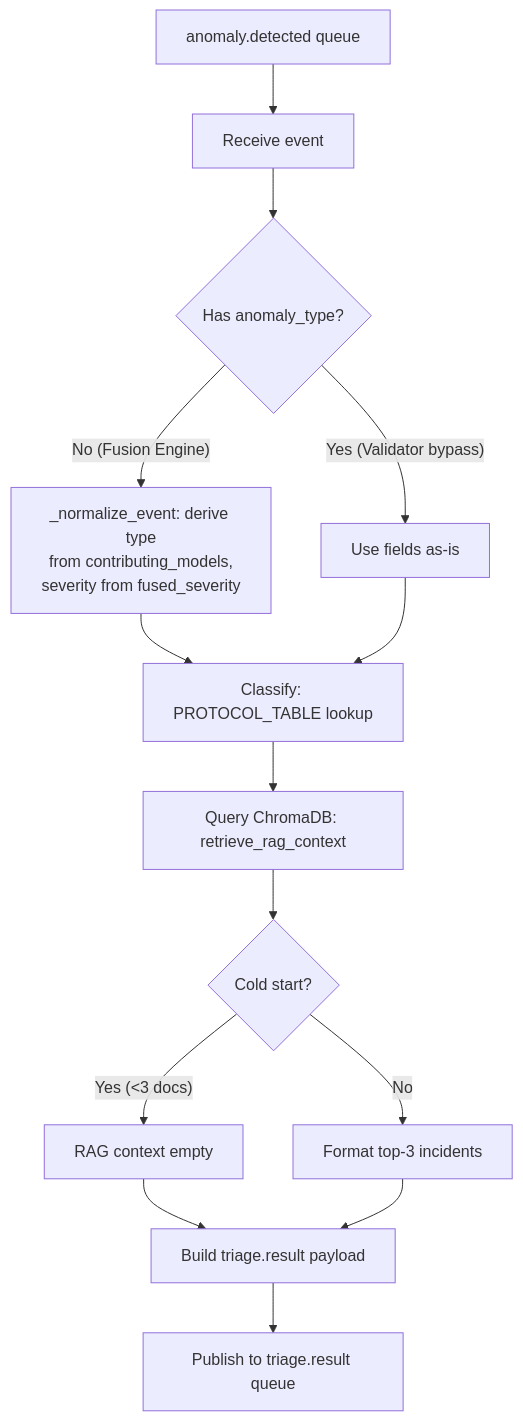
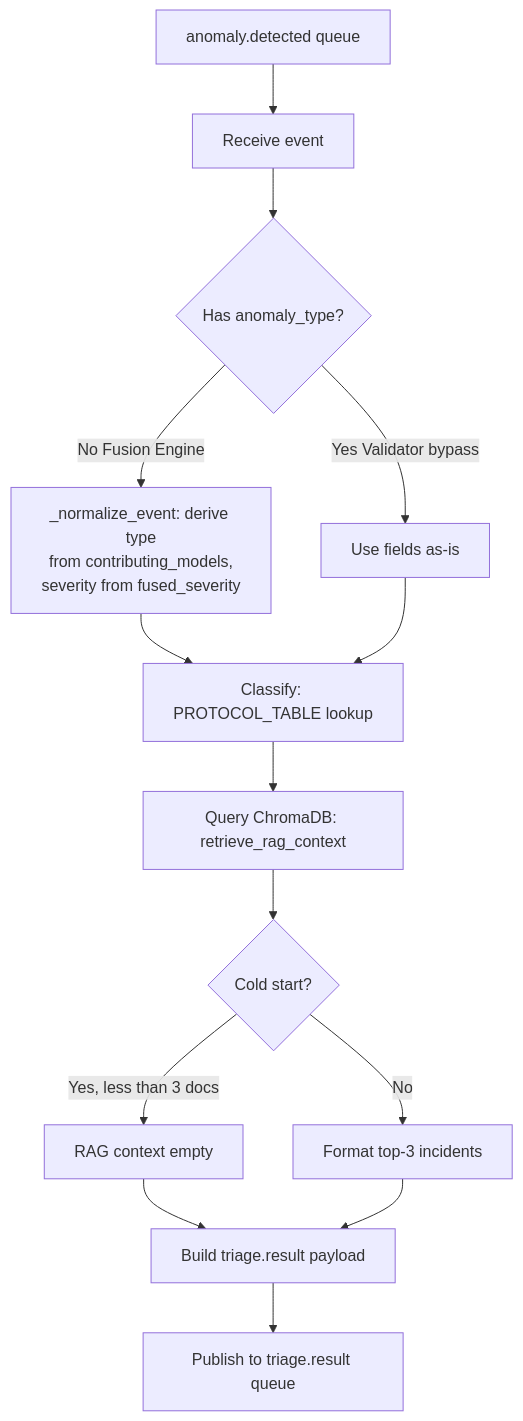
The first of 3 diagrams in layer2/docs/layer2_component_log.md (Spectre206/fyp-pipeline), drawn with Mermaid before and after one commit. The commit also changed other lines of this file, not shown here.

````diff
--- a/layer2/docs/layer2_component_log.md
+++ b/layer2/docs/layer2_component_log.md
@@ -5,16 +35,16 @@
 ```mermaid
 flowchart TD
     A[anomaly.detected queue] --> B[Receive event]
     B --> C{Has anomaly_type?}
-    C -- No (Fusion Engine) --> D[_normalize_event: derive type<br>from contributing_models,<br>severity from fused_severity]
-    C -- Yes (Validator bypass) --> E[Use fields as-is]
+    C -- No Fusion Engine --> D["_normalize_event: derive type<br/>from contributing_models,<br/>severity from fused_severity"]
+    C -- Yes Validator bypass --> E[Use fields as-is]
     D --> F[Classify: PROTOCOL_TABLE lookup]
     E --> F
     F --> G[Query ChromaDB: retrieve_rag_context]
     G --> H{Cold start?}
-    H -- Yes (<3 docs) --> I[RAG context empty]
+    H -- Yes, less than 3 docs --> I[RAG context empty]
     H -- No --> J[Format top-3 incidents]
     I --> K[Build triage.result payload]
     J --> K
     K --> L[Publish to triage.result queue]
 ```
````
